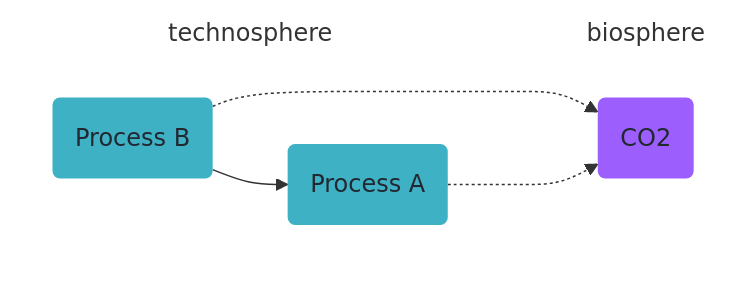
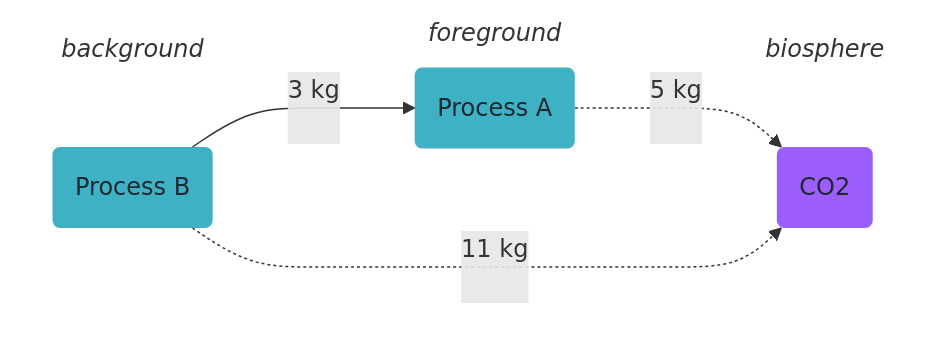
The first of 2 diagrams in docs/content/getting_started/adding_temporal_information.md (brightway-lca/bw_timex), drawn with Mermaid before and after one commit. The commit also changed other lines of this file, not shown here.

````diff
--- a/docs/content/getting_started/adding_temporal_information.md
+++ b/docs/content/getting_started/adding_temporal_information.md
@@ -5,20 +4,26 @@
 ```{mermaid}
 :caption: Example production system
 flowchart LR
-subgraph technosphere
-    A(Process A):::ei
-    B(Process B):::ei
-    B-->A
+subgraph background[<i>background</i>]
+    B(Process B):::bg
 end
 
-subgraph biosphere
-    CO2(CO2):::fg
-    B-.->CO2
-    A-.->CO2
+subgraph foreground[<i>foreground</i>]
+    A(Process A):::fg
 end
 
-classDef ei color:#222832, fill:#3fb1c5, stroke:none;
-classDef fg color:#222832, fill:#9c5ffd, stroke:none;
-style technosphere fill:none, stroke:none;
+subgraph biosphere[<i>biosphere</i>]
+    CO2(CO2):::bio
+end
+
+B-->|"3 kg \n &nbsp;"|A
+A-.->|"5 kg \n  &nbsp;"|CO2
+B-.->|"11 kg \n &nbsp;"|CO2
+
+classDef fg color:#222832, fill:#3fb1c5, stroke:none;
+classDef bg color:#222832, fill:#3fb1c5, stroke:none;
+classDef bio color:#222832, fill:#9c5ffd, stroke:none;
+style background fill:none, stroke:none;
+style foreground fill:none, stroke:none;
 style biosphere fill:none, stroke:none;
 ```
````
